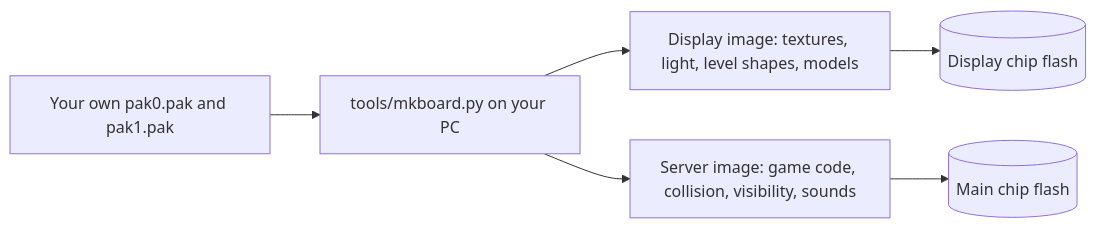
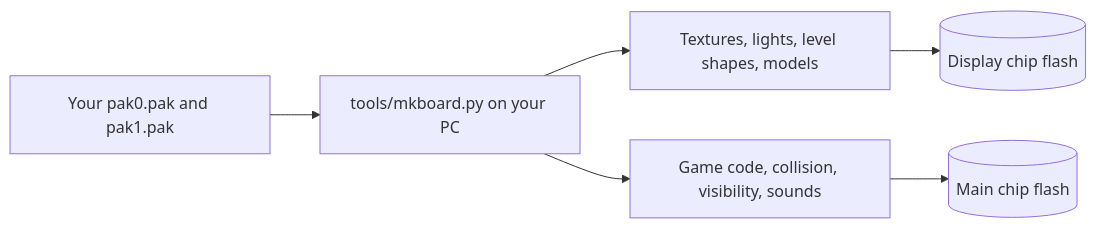
One commit to Dee-1862/quake-rp2040 changed the fifth of 5 diagrams in README.md. Above: the diagram before and after it, drawn with Mermaid. The commit also changed other lines of this file and 6 other files, not shown here.

````diff
--- a/README.md
+++ b/README.md
@@ -76,8 +116,8 @@
 ```mermaid
 flowchart LR
-  PAK["Your own pak0.pak and pak1.pak"] --> TOOL["tools/mkboard.py on your PC"]
-  TOOL --> D["Display image: textures, light, level shapes, models"]
-  TOOL --> S["Server image: game code, collision, visibility, sounds"]
+  PAK["Your pak0.pak and pak1.pak"] --> TOOL["tools/mkboard.py on your PC"]
+  TOOL --> D["Textures, lights, level shapes, models"]
+  TOOL --> S["Game code, collision, visibility, sounds"]
   D --> DF[("Display chip flash")]
   S --> SF[("Main chip flash")]
 ```
````
